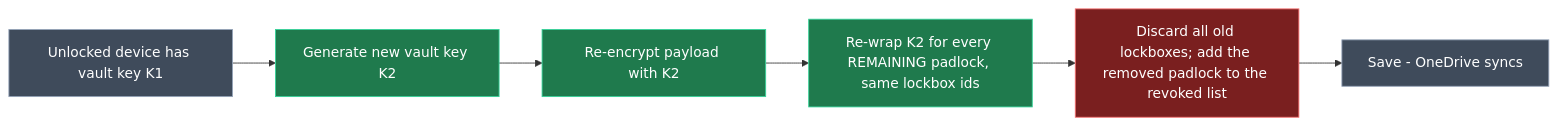
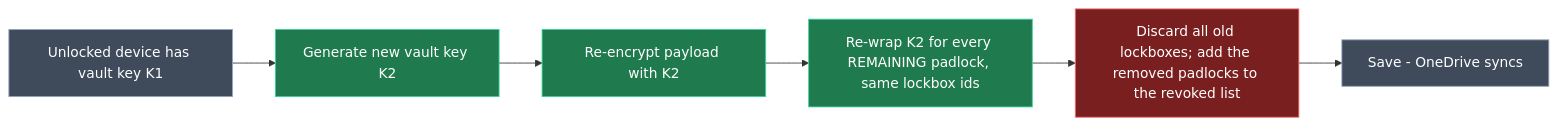
Before and after one commit to dandrejvv/ApiKeyVault: the third of 5 diagrams in intent/.plans/2026-10-05-apikeyvault-cryptography-persistence-des.md, drawn with Mermaid. The commit also changed other lines of this file, not shown here.

Commit message:
Simplify ApiKeyVault design plan for single-user scope: drop key-history pinning, add protected passphrase/recovery/this-device lockboxes and multi-device removal

````diff
--- a/intent/.plans/2026-10-05-apikeyvault-cryptography-persistence-des.md
+++ b/intent/.plans/2026-10-05-apikeyvault-cryptography-persistence-des.md
@@ -195,12 +216,12 @@
 ```mermaid
 flowchart LR
   classDef added fill:#1f7a4d,stroke:#34d399,color:#ffffff
   classDef removed fill:#7a1f1f,stroke:#f87171,color:#ffffff
   classDef existing fill:#3f4b5b,stroke:#94a3b8,color:#ffffff
 
   A[Unlocked device has vault key K1]:::existing --> B[Generate new vault key K2]:::added
   B --> C[Re-encrypt payload with K2]:::added
   C --> D[Re-wrap K2 for every REMAINING padlock, same lockbox ids]:::added
-  D --> E[Discard all old lockboxes; add the removed padlock to the revoked list]:::removed
+  D --> E[Discard all old lockboxes; add the removed padlocks to the revoked list]:::removed
   E --> F[Save - OneDrive syncs]:::existing
 ```
````
